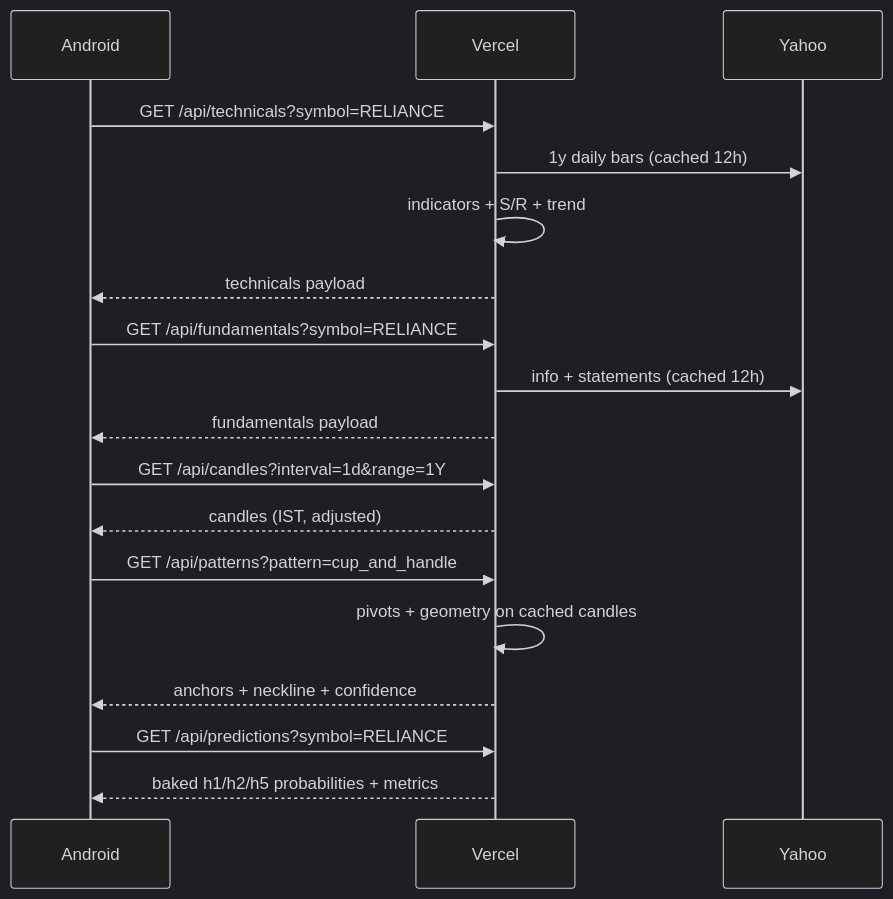
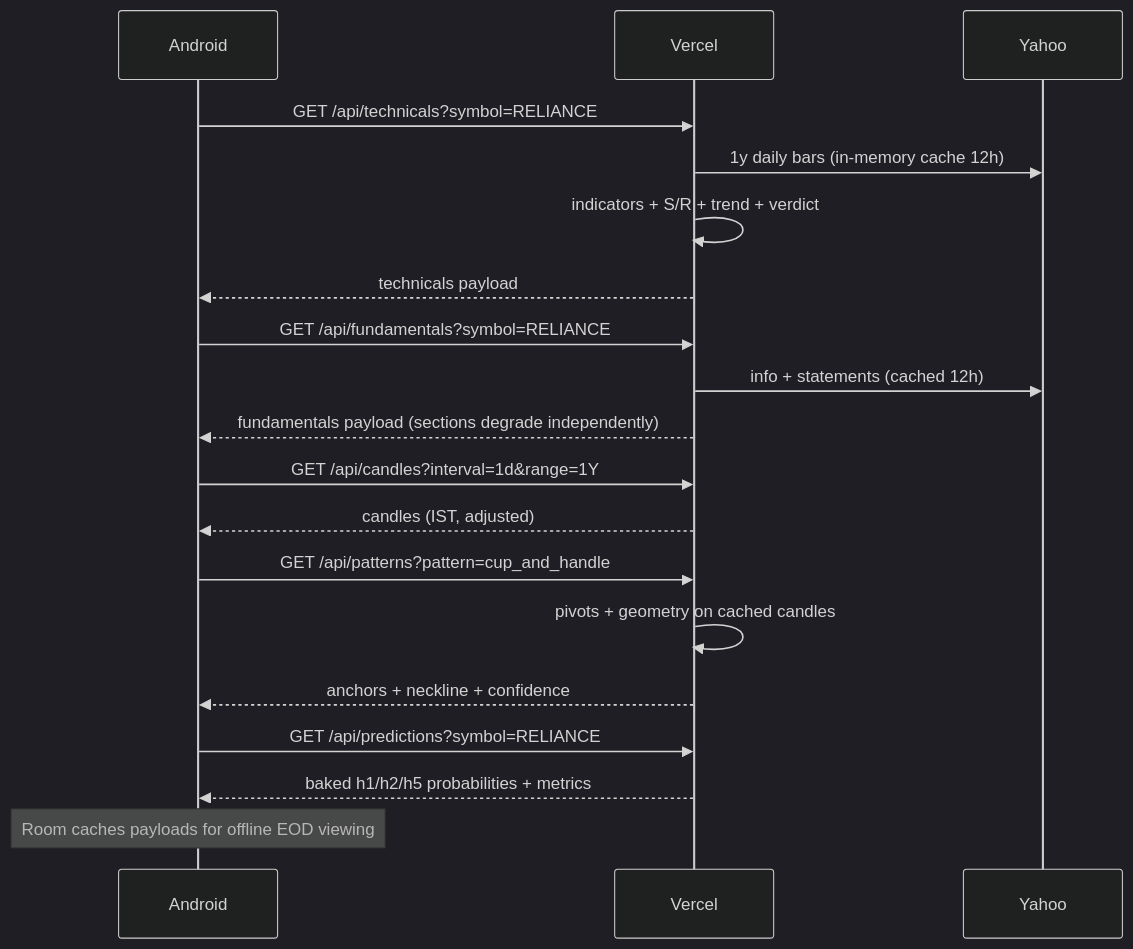
The fourth of 5 diagrams in design/plan.md (5r1n1dh1/TechnicalPatternAnalysis), drawn with Mermaid (dark theme) before and after one commit. The commit also changed other lines of this file, not shown here.

````diff
--- a/design/plan.md
+++ b/design/plan.md
@@ -282,24 +398,25 @@
 ```mermaid
 sequenceDiagram
     participant A as Android
     participant V as Vercel
     participant Y as Yahoo
 
     A->>V: GET /api/technicals?symbol=RELIANCE
-    V->>Y: 1y daily bars (cached 12h)
-    V->>V: indicators + S/R + trend
+    V->>Y: 1y daily bars (in-memory cache 12h)
+    V->>V: indicators + S/R + trend + verdict
     V-->>A: technicals payload
 
     A->>V: GET /api/fundamentals?symbol=RELIANCE
     V->>Y: info + statements (cached 12h)
-    V-->>A: fundamentals payload
+    V-->>A: fundamentals payload (sections degrade independently)
 
     A->>V: GET /api/candles?interval=1d&range=1Y
     V-->>A: candles (IST, adjusted)
     A->>V: GET /api/patterns?pattern=cup_and_handle
     V->>V: pivots + geometry on cached candles
     V-->>A: anchors + neckline + confidence
 
     A->>V: GET /api/predictions?symbol=RELIANCE
     V-->>A: baked h1/h2/h5 probabilities + metrics
+    Note over A: Room caches payloads for offline EOD viewing
 ```
````
